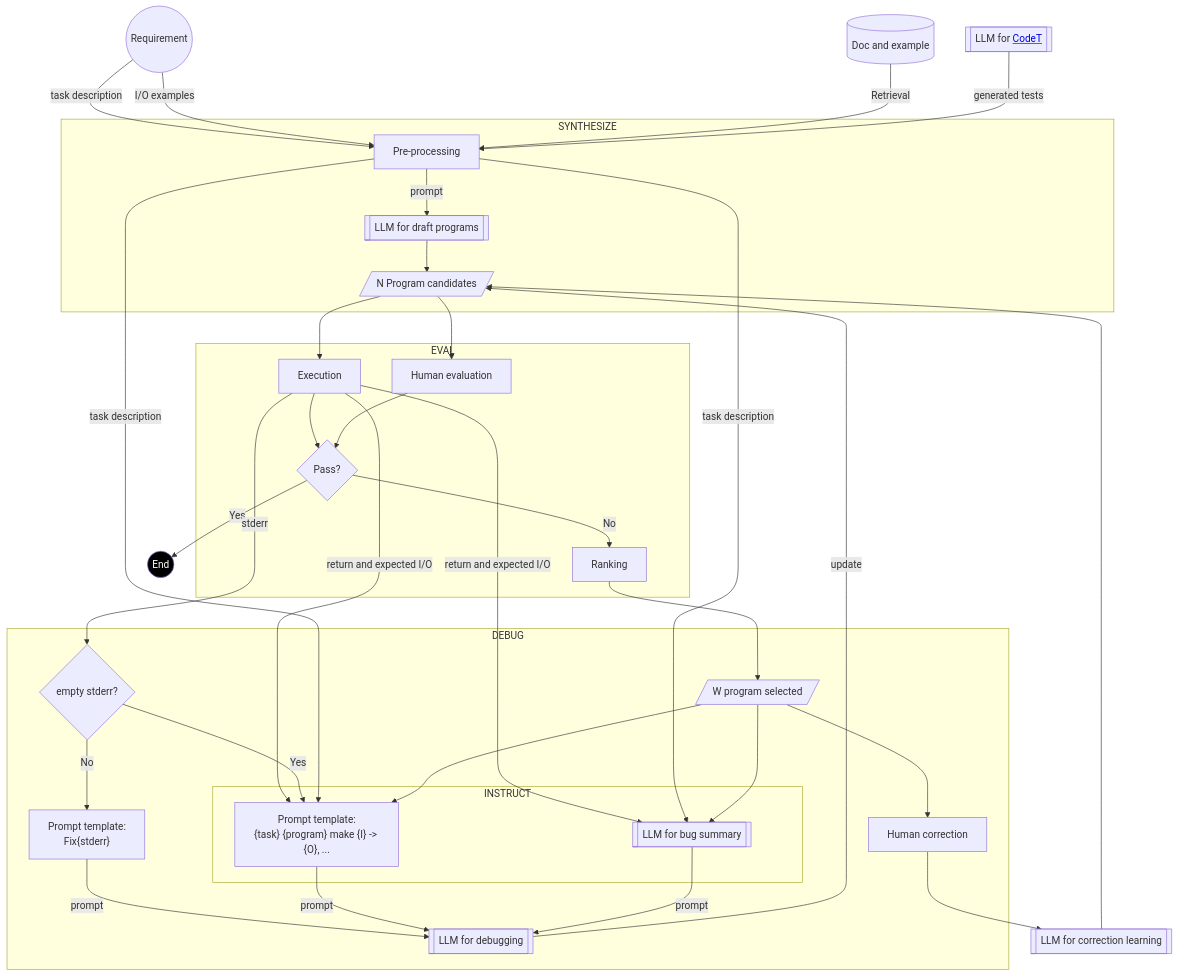
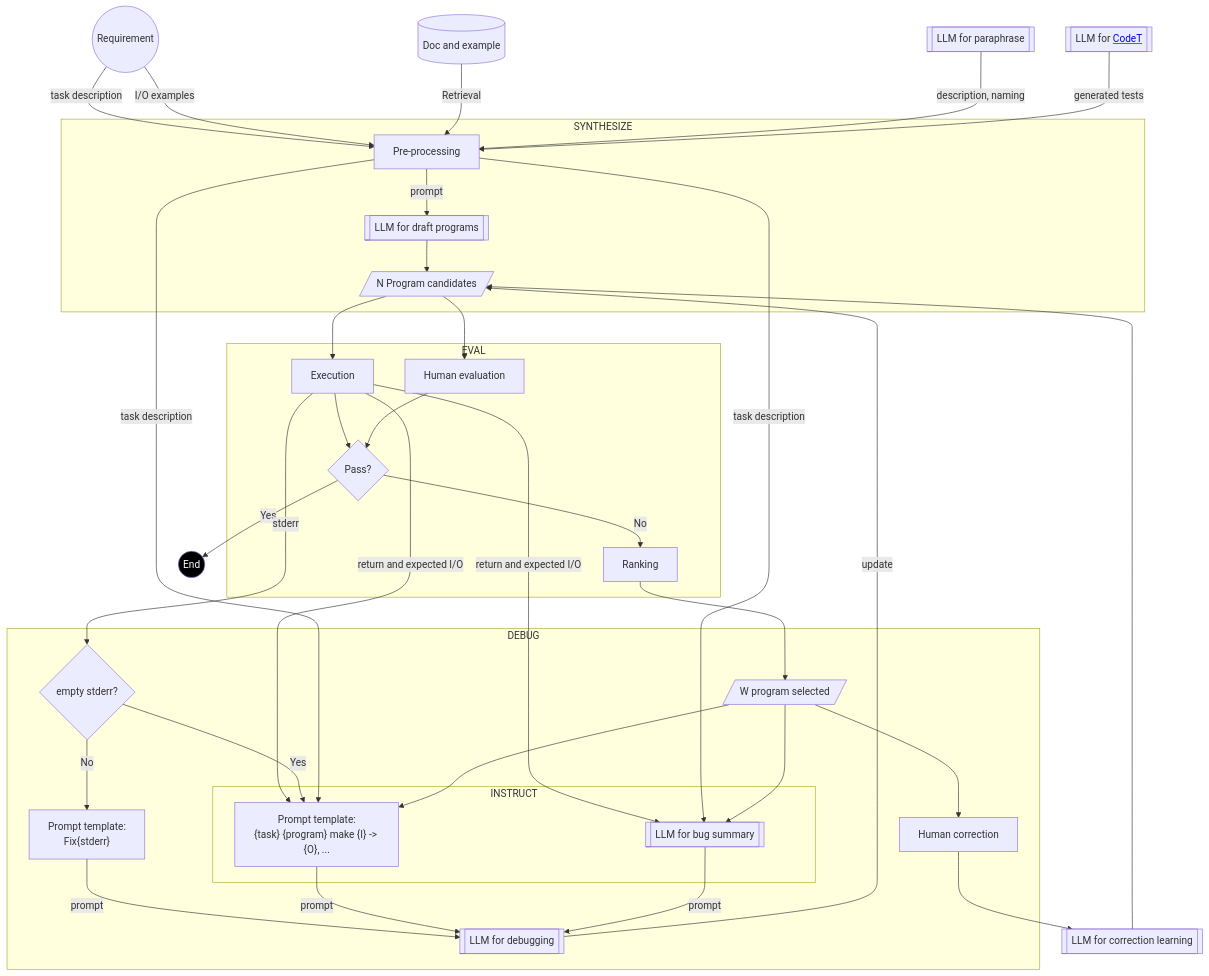
One commit to AI-LLM/ai-llm.github.io changed the second of 2 diagrams in Code-Generation.md. Above: the diagram before and after it, drawn with Mermaid.

````diff
--- a/Code-Generation.md
+++ b/Code-Generation.md
@@ -62,48 +62,49 @@
 ```mermaid
 graph TD;
 classDef INV fill:black,color:white;
 S((Requirement)) -- task description --> Pre-processing
 S -- I/O examples --> Pre-processing
 doc[(Doc and example)] -- Retrieval --> Pre-processing
+LLMparaphrase[[LLM for paraphrase]] -- description, naming --> Pre-processing
 LLMcodet[["LLM for <a href='https://arxiv.org/pdf/2207.10397v2.pdf'>CodeT</a>"]] -- generated tests --> Pre-processing
 
 subgraph SYNTHESIZE
 Pre-processing -- prompt --> LLMsynth[[LLM for draft programs]]
 LLMsynth --> PN[/N Program candidates/]
 end
 
 PN --> Execution
 PN --> Evaluation[Human evaluation]
 
 subgraph EVAL
 Execution --> Suc{Pass?} -- No -->Ranking
 Evaluation --> Suc
 end
 
 Suc -- Yes --> End((End));class End INV
 Ranking --> PS[/W program selected/]
 
 subgraph DEBUG
 Execution -- stderr --> noerr{empty stderr?}
 noerr -- No --> PT1["Prompt template:\nFix{stderr}"] 
 PT1 -- prompt --> LLMdebug
 subgraph INSTRUCT
 PT2["Prompt template:\n{task} {program} make {I} -> {O}, ..."]
 LLMsum[[LLM for bug summary]]
 end
 Execution -- return and expected I/O --> PT2
 Execution -- return and expected I/O --> LLMsum
 noerr -- Yes --> PT2
 Pre-processing -- task description --> PT2
 Pre-processing -- task description --> LLMsum
 PS --> PT2
 PS --> LLMsum
 PT2 -- prompt --> LLMdebug[[LLM for debugging]]
 LLMsum -- prompt --> LLMdebug
 PS --> Correction[Human correction]
 LLMdebug -- update --> PN
 end
 
 Correction --> LLMcorrect[[LLM for correction learning]]
 LLMcorrect --> PN
 ```
````
